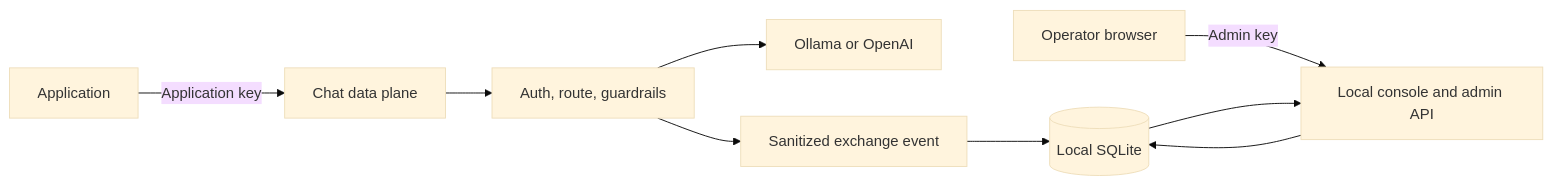
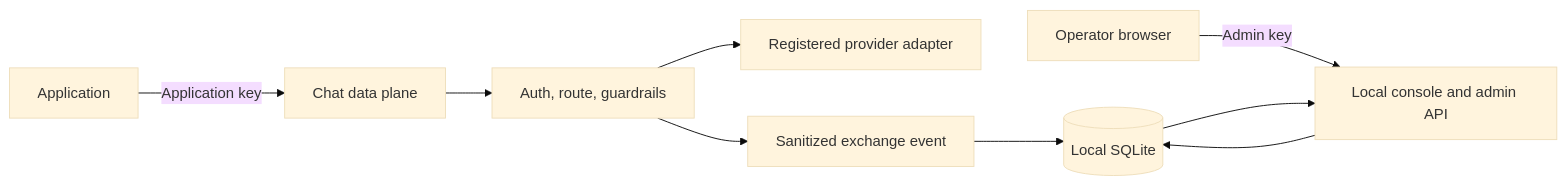
One commit to m87techlabs/m87-ai-gateway changed the diagram in docs/control-plane.md. Above: the diagram before and after it, drawn with Mermaid (base theme). The commit also changed other lines of this file and 33 other files, not shown here.

````diff
--- a/docs/control-plane.md
+++ b/docs/control-plane.md
@@ -16,11 +18,11 @@
 ```mermaid
 flowchart LR
     App[Application] -->|Application key| Data[Chat data plane]
     Data --> Policy[Auth, route, guardrails]
-    Policy --> Provider[Ollama or OpenAI]
+    Policy --> Provider[Registered provider adapter]
     Policy --> Event[Sanitized exchange event]
     Event --> DB[(Local SQLite)]
     Operator[Operator browser] -->|Admin key| Console[Local console and admin API]
     Console --> DB
     DB --> Console
 ```
````
